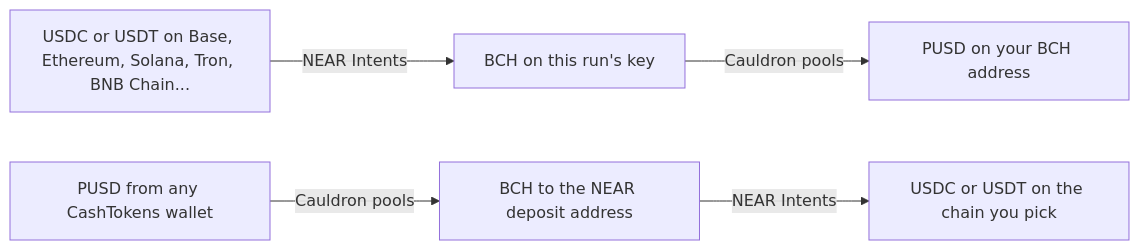
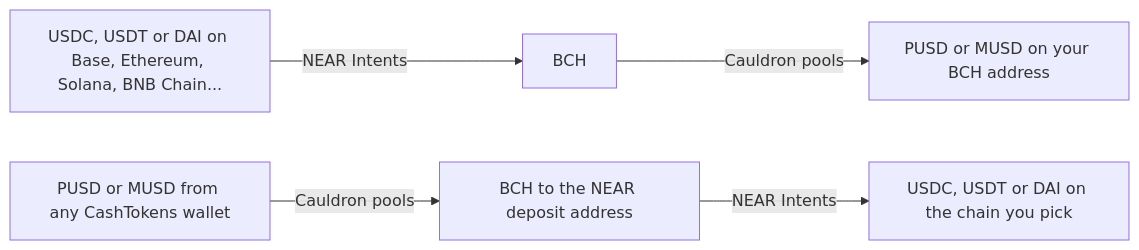
One commit to xfajarr/unlinked changed the second of 2 diagrams in README.md. Above: the diagram before and after it, drawn with Mermaid. The commit also changed other lines of this file, not shown here.

Commit message:
docs: describe the stablecoin bridge with PUSD, MUSD and BCH

````diff
--- a/README.md
+++ b/README.md
@@ -79,7 +79,7 @@
 ```mermaid
 flowchart LR
-  A["USDC or USDT on Base, Ethereum, Solana, Tron, BNB Chain..."] -- NEAR Intents --> B["BCH on this run's key"]
-  B -- "Cauldron pools" --> C["PUSD on your BCH address"]
-  D["PUSD from any CashTokens wallet"] -- "Cauldron pools" --> E["BCH to the NEAR deposit address"]
-  E -- NEAR Intents --> F["USDC or USDT on the chain you pick"]
+  A["USDC, USDT or DAI on Base, Ethereum, Solana, BNB Chain..."] -- NEAR Intents --> B["BCH"]
+  B -- "Cauldron pools" --> C["PUSD or MUSD on your BCH address"]
+  D["PUSD or MUSD from any CashTokens wallet"] -- "Cauldron pools" --> E["BCH to the NEAR deposit address"]
+  E -- NEAR Intents --> F["USDC, USDT or DAI on the chain you pick"]
 ```
````
